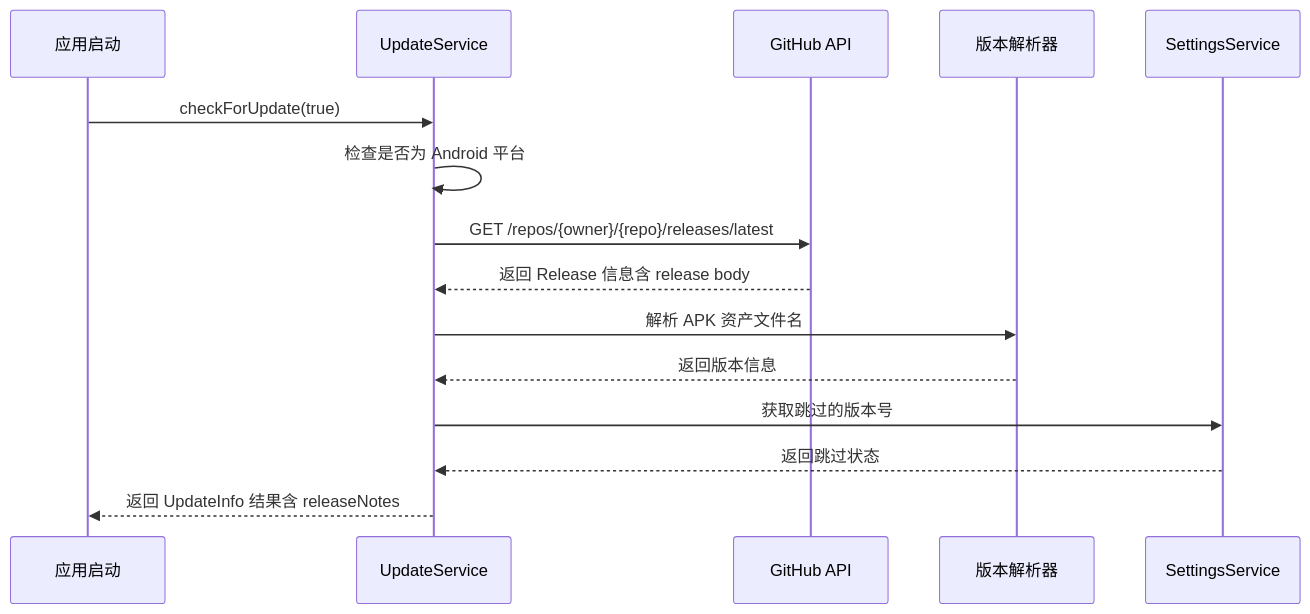
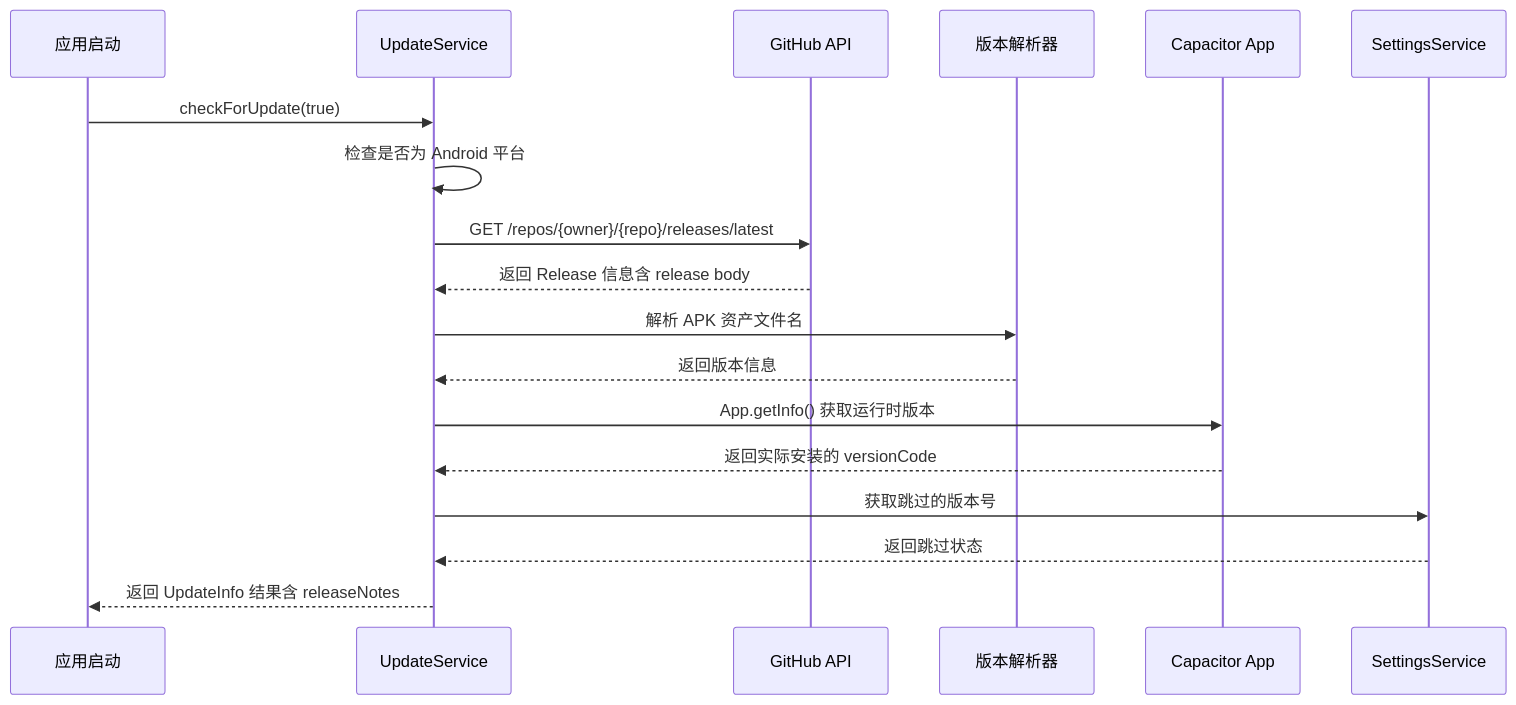
The third of 9 diagrams in .qoder/repowiki/zh/content/核心功能模块/应用程序更新系统.md (tea4go/Macro-Deck-Client-App), drawn with Mermaid before and after one commit. The commit also changed other lines of this file and 57 other files, not shown here.

````diff
--- a/.qoder/repowiki/zh/content/核心功能模块/应用程序更新系统.md
+++ b/.qoder/repowiki/zh/content/核心功能模块/应用程序更新系统.md
@@ -268,17 +220,20 @@
 ```mermaid
 sequenceDiagram
 participant App as 应用启动
 participant Update as UpdateService
 participant GitHub as GitHub API
 participant Parser as 版本解析器
+participant Capacitor as Capacitor App
 participant Settings as SettingsService
 App->>Update : checkForUpdate(true)
 Update->>Update : 检查是否为 Android 平台
 Update->>GitHub : GET /repos/{owner}/{repo}/releases/latest
 GitHub-->>Update : 返回 Release 信息含 release body
 Update->>Parser : 解析 APK 资产文件名
 Parser-->>Update : 返回版本信息
+Update->>Capacitor : App.getInfo() 获取运行时版本
+Capacitor-->>Update : 返回实际安装的 versionCode
 Update->>Settings : 获取跳过的版本号
 Settings-->>Update : 返回跳过状态
 Update-->>App : 返回 UpdateInfo 结果含 releaseNotes
 ```
````
